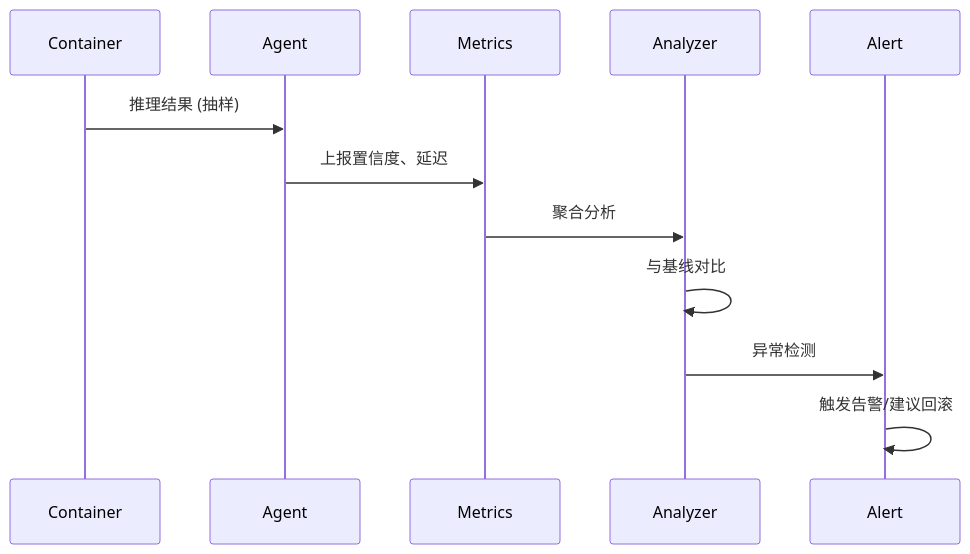
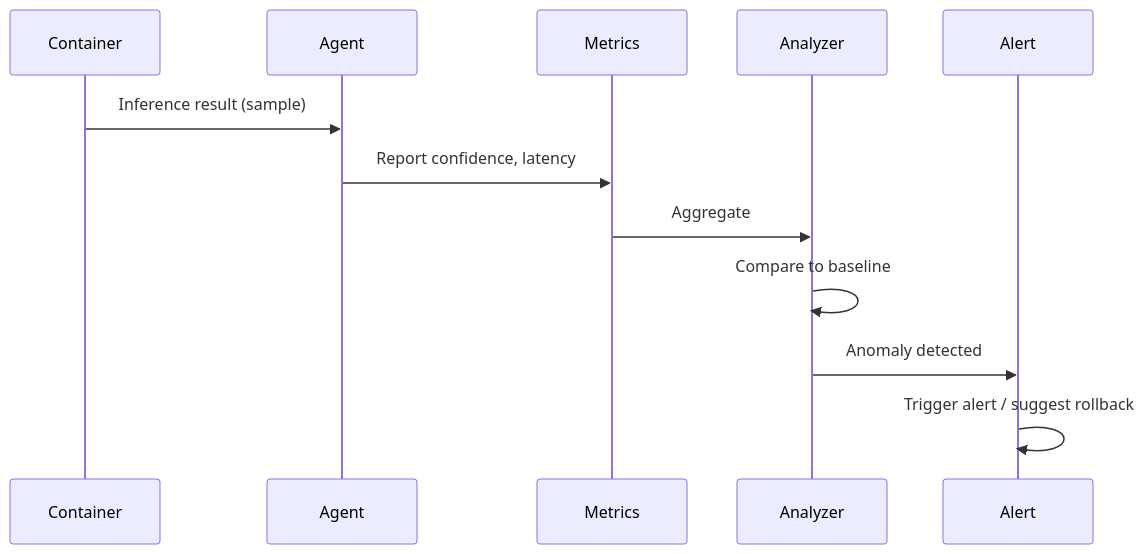
Before and after one commit to JeffRen1977/smartCamera: the fourth of 4 diagrams in docs/architecture/07_cloud_platform.md, drawn with Mermaid. The commit also changed other lines of this file and 36 other files, not shown here.

````diff
--- a/docs/architecture/07_cloud_platform.md
+++ b/docs/architecture/07_cloud_platform.md
@@ -135,15 +135,15 @@
 ```mermaid
 sequenceDiagram
     participant Container
     participant Agent
     participant Metrics
     participant Analyzer
     participant Alert
 
-    Container->>Agent: 推理结果 (抽样)
-    Agent->>Metrics: 上报置信度、延迟
-    Metrics->>Analyzer: 聚合分析
-    Analyzer->>Analyzer: 与基线对比
-    Analyzer->>Alert: 异常检测
-    Alert->>Alert: 触发告警/建议回滚
+    Container->>Agent: Inference result (sample)
+    Agent->>Metrics: Report confidence, latency
+    Metrics->>Analyzer: Aggregate
+    Analyzer->>Analyzer: Compare to baseline
+    Analyzer->>Alert: Anomaly detected
+    Alert->>Alert: Trigger alert / suggest rollback
 ```
````
